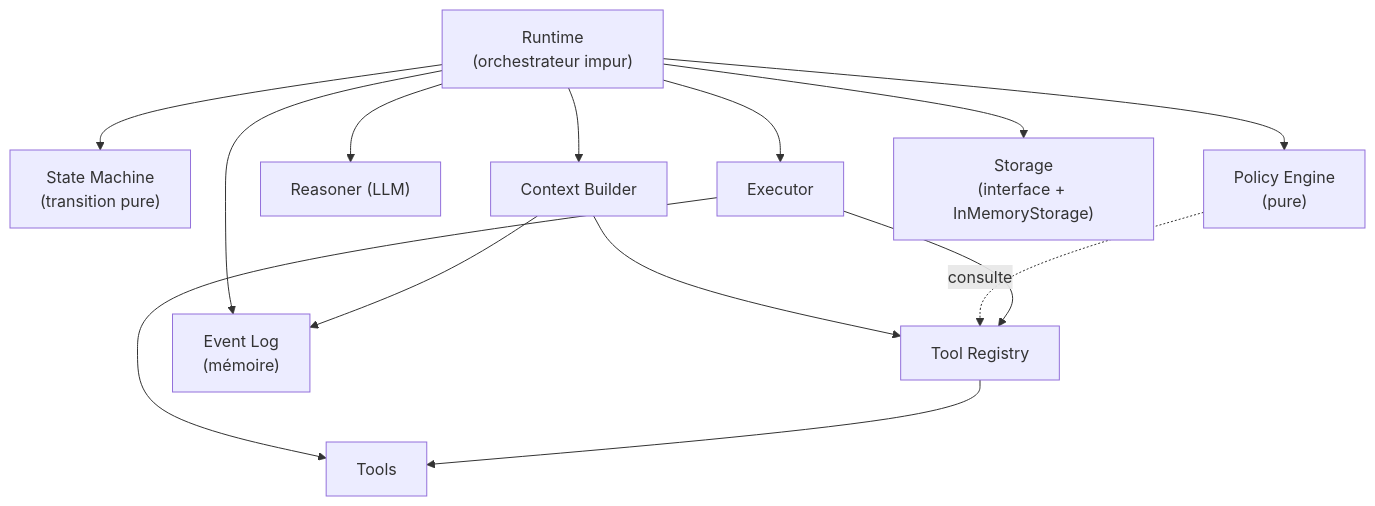
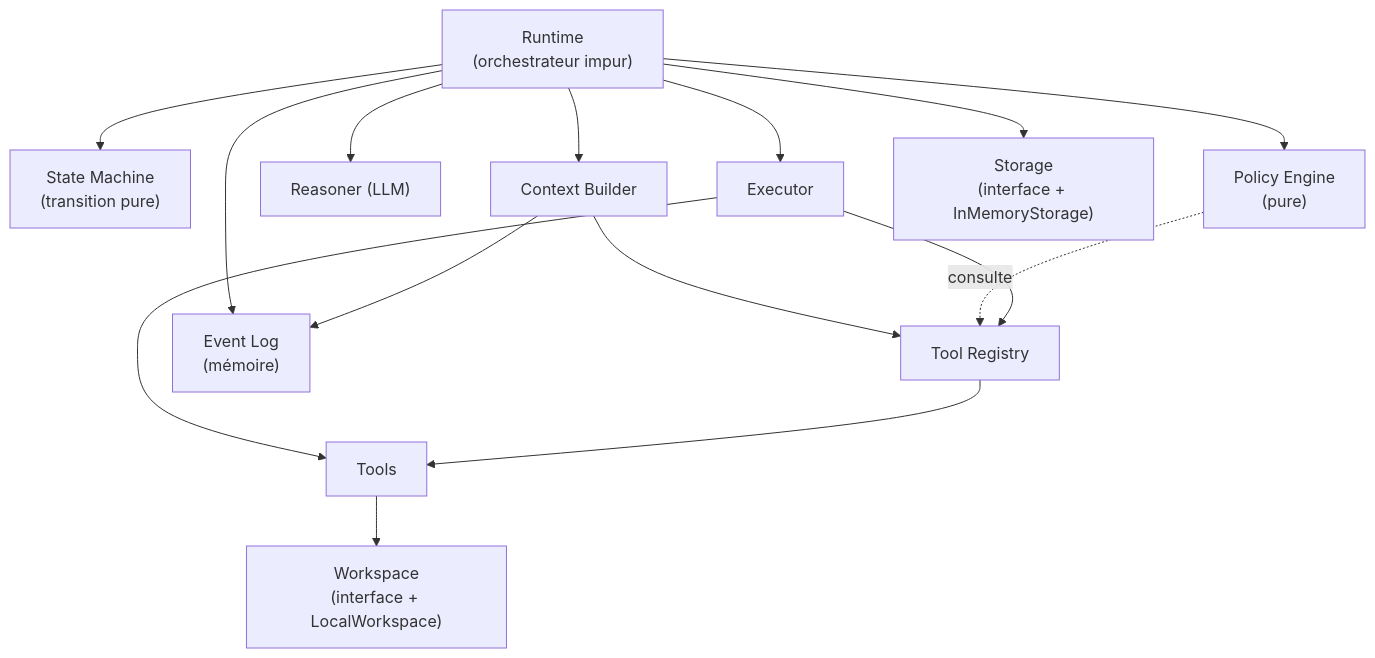
The first of 4 diagrams in ARCHITECTURE.md (MaximeVigier/peon), drawn with Mermaid before and after one commit. The commit also changed other lines of this file and 14 other files, not shown here.

First line of the commit message:
Add Workspace port for filesystem/shell Tools (Phase 2)

````diff
--- a/ARCHITECTURE.md
+++ b/ARCHITECTURE.md
@@ -280,28 +315,30 @@
 ```mermaid
 graph TD
     Runtime["Runtime<br/>(orchestrateur impur)"]
     SM["State Machine<br/>(transition pure)"]
     CB["Context Builder"]
     Reasoner["Reasoner (LLM)"]
     PE["Policy Engine<br/>(pure)"]
     Exec["Executor"]
     TR["Tool Registry"]
     Tools["Tools"]
+    WS["Workspace<br/>(interface + LocalWorkspace)"]
     EL["Event Log<br/>(mémoire)"]
     ST["Storage<br/>(interface + InMemoryStorage)"]
 
     Runtime --> CB
     Runtime --> Reasoner
     Runtime --> SM
     Runtime --> PE
     Runtime --> Exec
     Runtime --> EL
     Runtime --> ST
 
     CB --> EL
     CB --> TR
     PE -.consulte.-> TR
     Exec --> TR
     Exec --> Tools
     TR --> Tools
+    Tools --> WS
 ```
````
